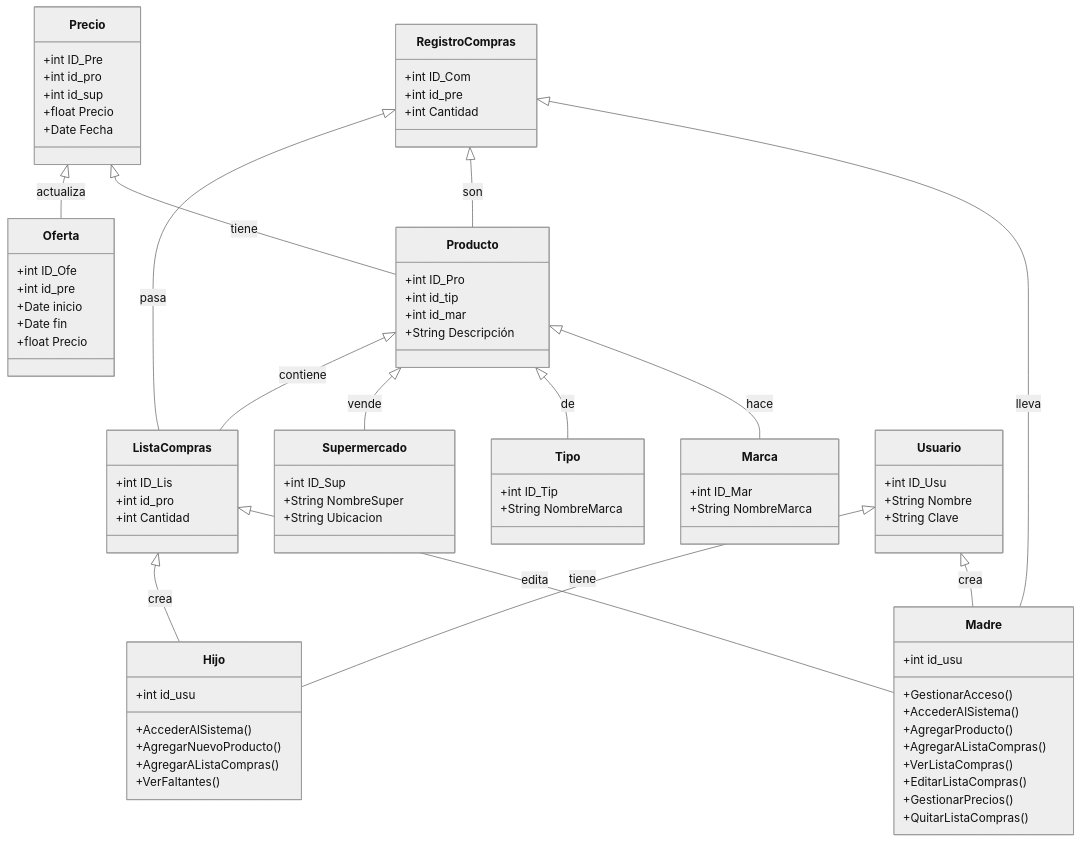
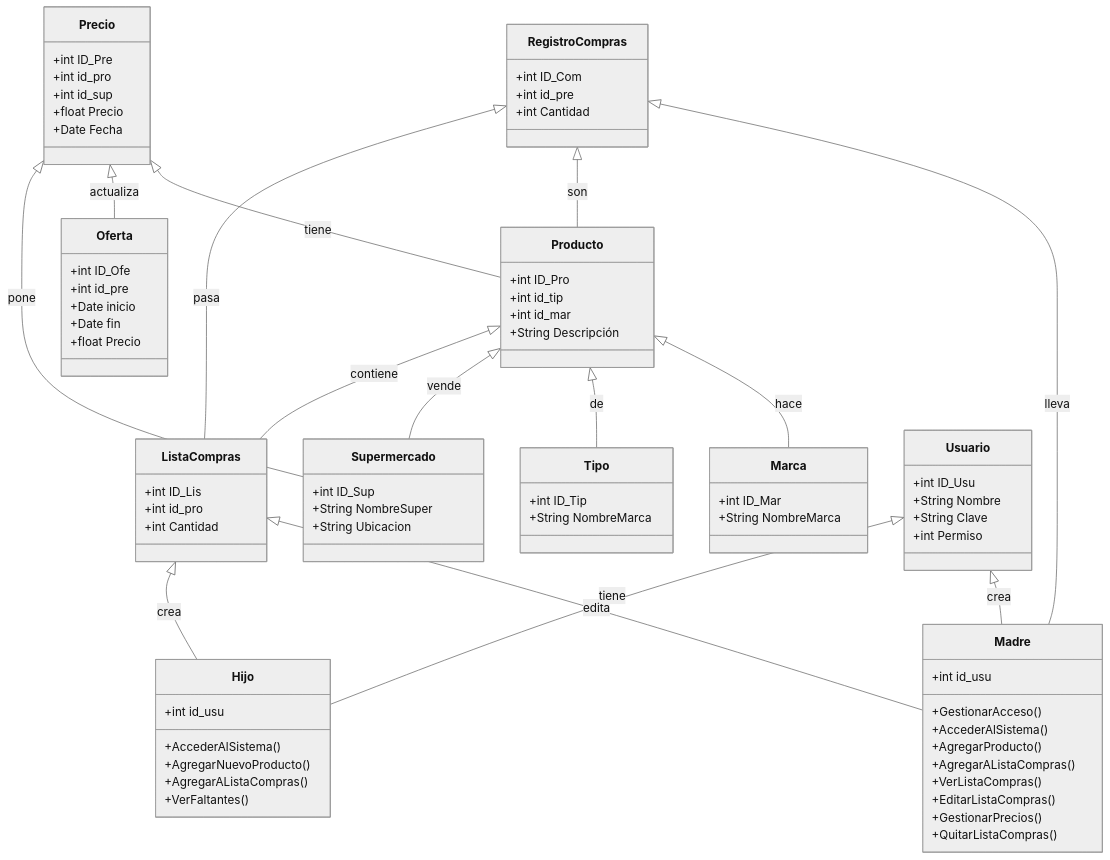
The third of 11 diagrams in README.md (LocoUnPocoNadaMas/Lista-Compras), drawn with Mermaid (neutral theme) before and after one commit. The commit also changed other lines of this file and 5 other files, not shown here.

```diff
--- a/README.md
+++ b/README.md
@@ -544,12 +540,15 @@
 Precio  <|--  Producto  :  tiene
 Precio  <|--  Oferta :  actualiza
 ListaCompras  <|--  Hijo  :  crea
-Producto  :  +int ID_Pro
-Producto  :  +int id_tip
-Producto  :  +int id_mar
-Producto  :  +String Descripción
 Usuario  <|--  Madre  :  crea
 Usuario  <|--  Hijo  :  tiene
+Precio  <|-- Supermercado : pone
+class Producto{
++int ID_Pro
++int id_tip
++int id_mar
++String Descripción
+}
 class  Marca{
 +int ID_Mar
 +String NombreMarca
@@ -591,6 +590,7 @@
 +int ID_Usu
 +String Nombre
 +String Clave
++int Permiso
 }
 class  Hijo{
 +int id_usu
```
